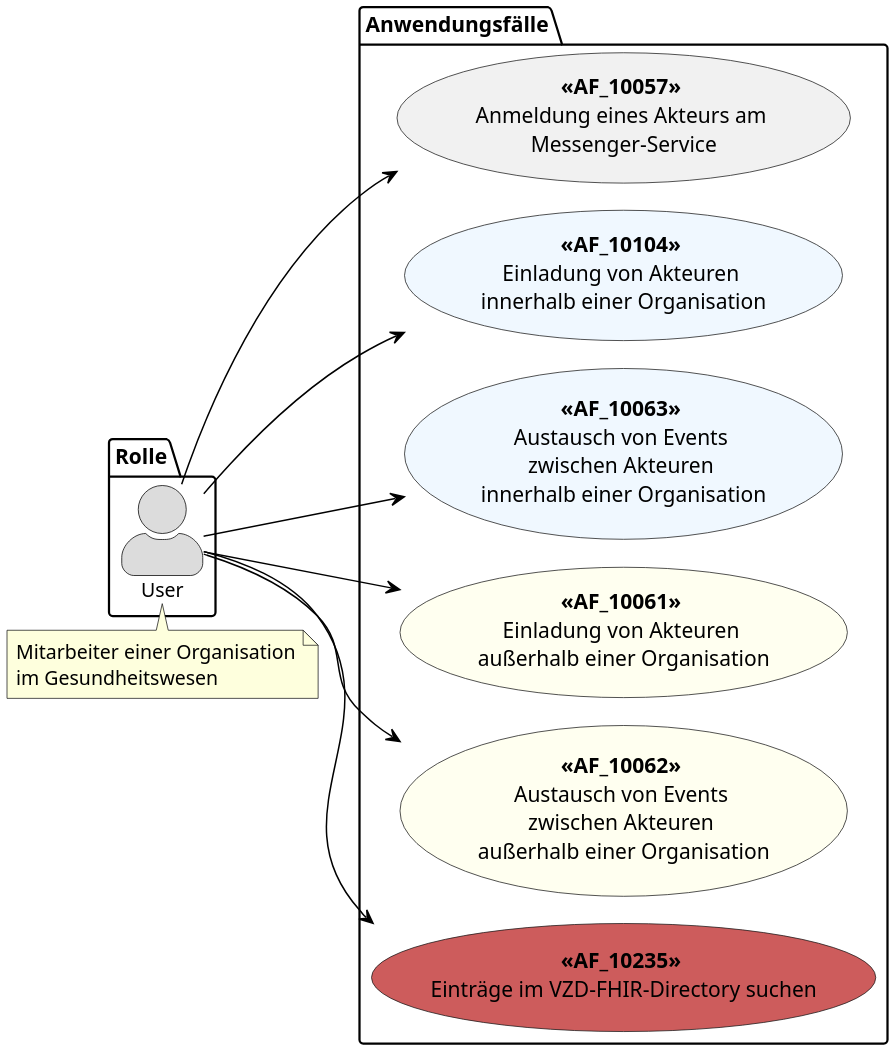
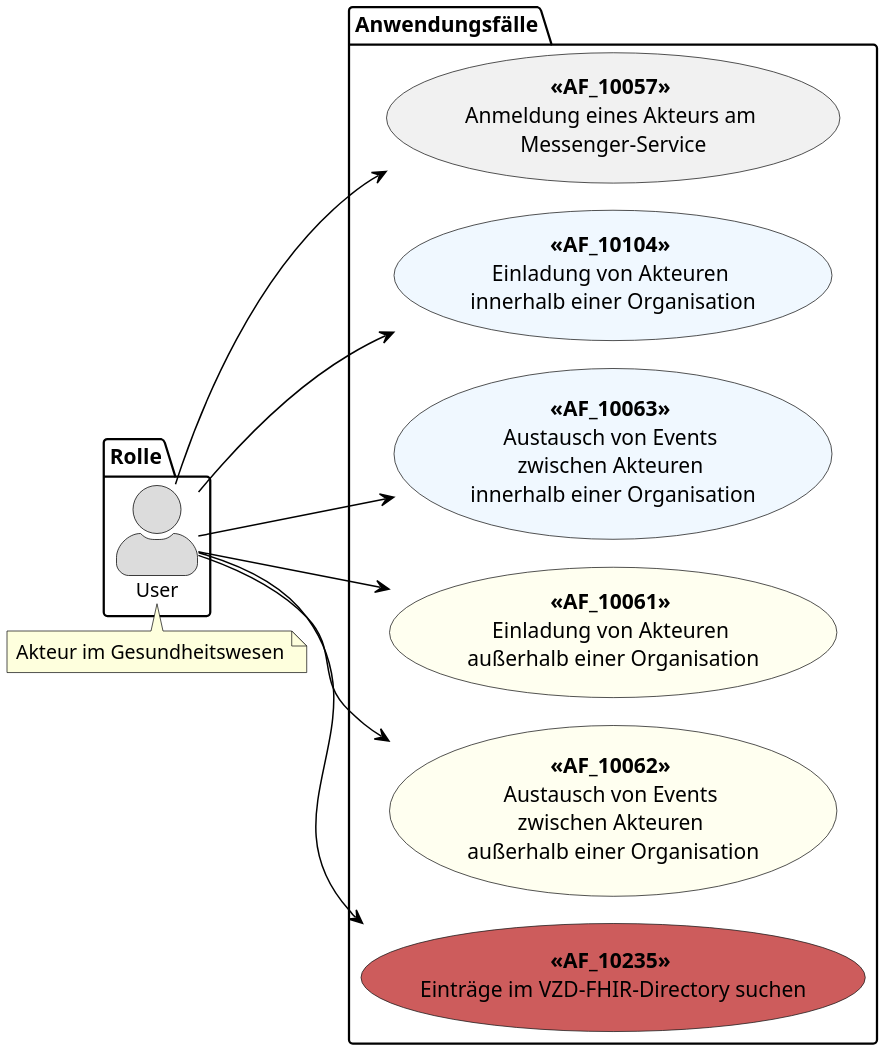
The diagram in src/plantuml/TI-Messenger-Dienst/Ressourcen/UC_user.puml (gematik/api-ti-messenger), drawn with PlantUML before and after one commit.

Commit message:
changed Mitarbeiter to Akteur to be more unspecific

```diff
--- a/src/plantuml/TI-Messenger-Dienst/Ressourcen/UC_user.puml
+++ b/src/plantuml/TI-Messenger-Dienst/Ressourcen/UC_user.puml
@@ -8,53 +8,52 @@
 @startuml
 !pragma layout smetana
 skinparam actorStyle awesome
 left to right direction
 scale 6/3
 
 skinparam sequence {
 ArrowColor black
 ArrowFontSize 17
 ActorBorderColor black
 LifeLineBorderColor black
 LifeLineBackgroundColor Gainsboro
 
 ParticipantBorderColor Motivation
 ParticipantBackgroundColor Motivation
 ParticipantFontName Impact
 ParticipantFontSize 20
 ParticipantFontColor black
 ParticipantBorderColor Black
 ParticipantBackgroundColor MOTIVATION
 
 ActorBackgroundColor Gainsboro
 ActorFontColor black
 ActorFontSize 13
 ActorFontName Aapex
 }
 
 package Rolle {
 actor "User" as u
 }
 
 package Anwendungsfälle {
 usecase "**<<AF_10057>>** \nAnmeldung eines Akteurs am \nMessenger-Service" as UC1
 usecase "**<<AF_10104>>** \nEinladung von Akteuren \ninnerhalb einer Organisation" as UC2 #AliceBlue
 usecase "**<<AF_10063>>** \nAustausch von Events \nzwischen Akteuren \ninnerhalb einer Organisation" as UC3 #AliceBlue
 usecase "**<<AF_10061>>** \nEinladung von Akteuren \naußerhalb einer Organisation" as UC4 #Ivory
 usecase "**<<AF_10062>>** \nAustausch von Events \nzwischen Akteuren \naußerhalb einer Organisation" as UC5 #Ivory
 usecase "**<<AF_10235>>** \nEinträge im VZD-FHIR-Directory suchen" as UC6 #IndianRed
 }
 
 u --> UC1
 u --> UC2
 u --> UC3
 u --> UC4
 u --> UC5
 u --> UC6
 
-note top of (u)
-Mitarbeiter einer Organisation
-im Gesundheitswesen
+note bottom of (u)
+Akteur im Gesundheitswesen
 end note
 
 @enduml
```
